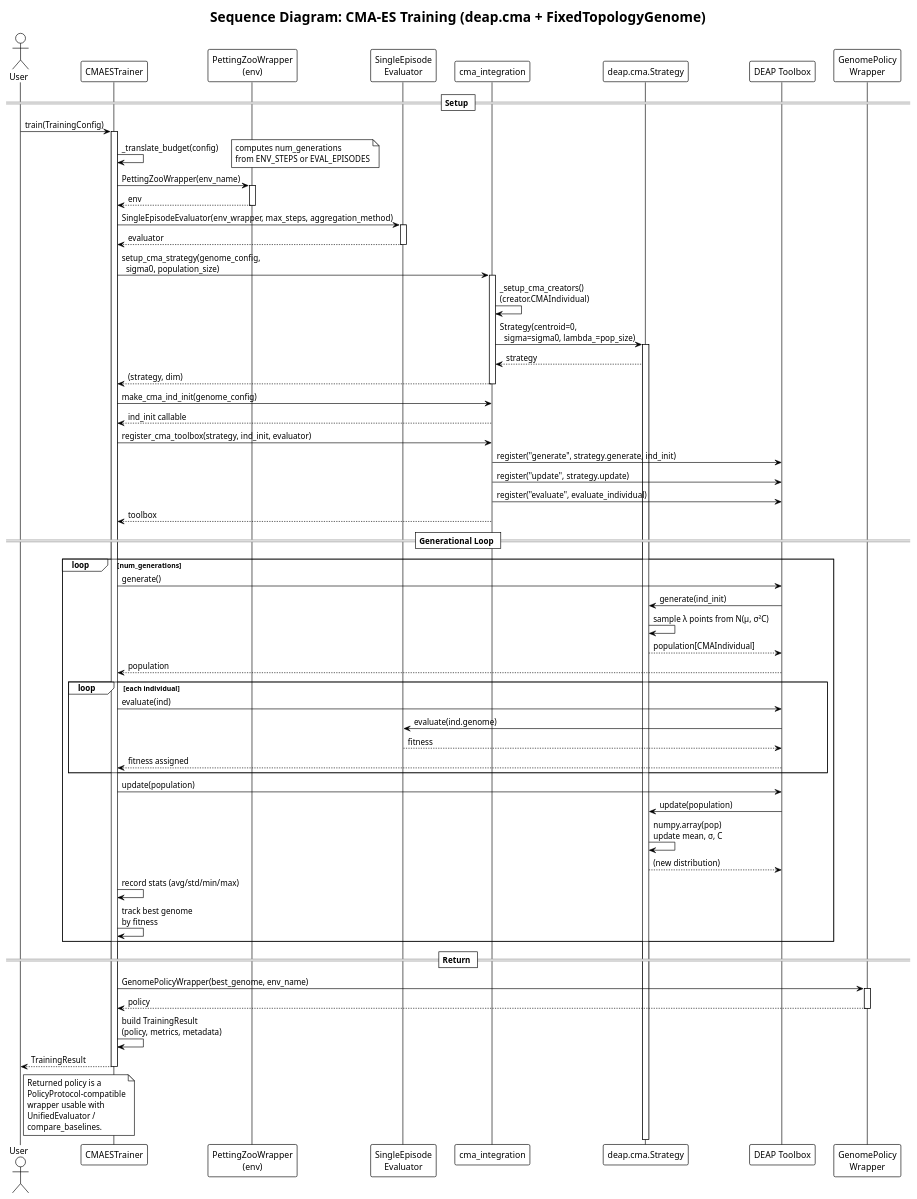
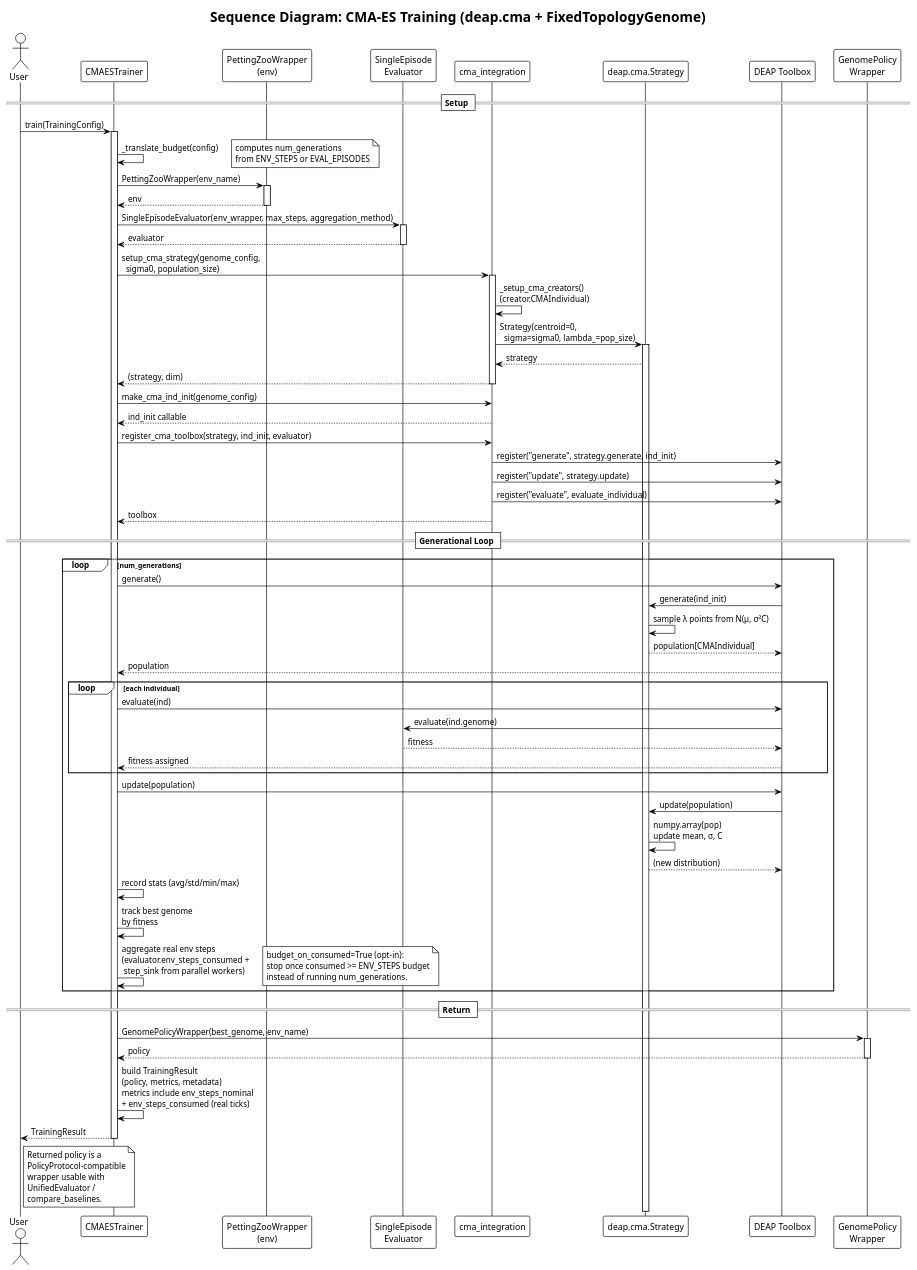
One commit to Alex180504/DEAP-Zoo-bridge changed the diagram in docs/UML/sequence_cma_es_training.puml. Above: the diagram before and after it, drawn with PlantUML. The commit also changed 22 other files, not shown here.

```diff
--- a/docs/UML/sequence_cma_es_training.puml
+++ b/docs/UML/sequence_cma_es_training.puml
@@ -1,94 +1,100 @@
 @startuml sequence_cma_es_training
 !theme plain
 title Sequence Diagram: CMA-ES Training (deap.cma + FixedTopologyGenome)
 
 actor "User" as User
 participant "CMAESTrainer" as Trainer
 participant "PettingZooWrapper\n(env)" as Env
 participant "SingleEpisode\nEvaluator" as Eval
 participant "cma_integration" as CMAInt
 participant "deap.cma.Strategy" as Strategy
 participant "DEAP Toolbox" as Toolbox
 participant "GenomePolicy\nWrapper" as PolicyWrap
 
 == Setup ==
 
 User -> Trainer : train(TrainingConfig)
 activate Trainer
 
 Trainer -> Trainer : _translate_budget(config)
 note right: computes num_generations\nfrom ENV_STEPS or EVAL_EPISODES
 
 Trainer -> Env : PettingZooWrapper(env_name)
 activate Env
 Env --> Trainer : env
 deactivate Env
 
 Trainer -> Eval : SingleEpisodeEvaluator(env_wrapper, max_steps, aggregation_method)
 activate Eval
 Eval --> Trainer : evaluator
 deactivate Eval
 
 Trainer -> CMAInt : setup_cma_strategy(genome_config,\n  sigma0, population_size)
 activate CMAInt
 CMAInt -> CMAInt : _setup_cma_creators()\n(creator.CMAIndividual)
 CMAInt -> Strategy : Strategy(centroid=0,\n  sigma=sigma0, lambda_=pop_size)
 activate Strategy
 Strategy --> CMAInt : strategy
 CMAInt --> Trainer : (strategy, dim)
 deactivate CMAInt
 
 Trainer -> CMAInt : make_cma_ind_init(genome_config)
 CMAInt --> Trainer : ind_init callable
 
 Trainer -> CMAInt : register_cma_toolbox(strategy, ind_init, evaluator)
 CMAInt -> Toolbox : register("generate", strategy.generate, ind_init)
 CMAInt -> Toolbox : register("update", strategy.update)
 CMAInt -> Toolbox : register("evaluate", evaluate_individual)
 CMAInt --> Trainer : toolbox
 
 == Generational Loop ==
 
 loop num_generations
     Trainer -> Toolbox : generate()
     Toolbox -> Strategy : generate(ind_init)
     Strategy -> Strategy : sample λ points from N(μ, σ²C)
     Strategy --> Toolbox : population[CMAIndividual]
     Toolbox --> Trainer : population
 
     loop each individual
         Trainer -> Toolbox : evaluate(ind)
         Toolbox -> Eval : evaluate(ind.genome)
         Eval --> Toolbox : fitness
         Toolbox --> Trainer : fitness assigned
     end
 
     Trainer -> Toolbox : update(population)
     Toolbox -> Strategy : update(population)
     Strategy -> Strategy : numpy.array(pop)\nupdate mean, σ, C
     Strategy --> Toolbox : (new distribution)
 
     Trainer -> Trainer : record stats (avg/std/min/max)
     Trainer -> Trainer : track best genome\nby fitness
+    Trainer -> Trainer : aggregate real env steps\n(evaluator.env_steps_consumed +\n step_sink from parallel workers)
+    note right
+      budget_on_consumed=True (opt-in):
+      stop once consumed >= ENV_STEPS budget
+      instead of running num_generations.
+    end note
 end
 
 == Return ==
 
 Trainer -> PolicyWrap : GenomePolicyWrapper(best_genome, env_name)
 activate PolicyWrap
 PolicyWrap --> Trainer : policy
 deactivate PolicyWrap
 
-Trainer -> Trainer : build TrainingResult\n(policy, metrics, metadata)
+Trainer -> Trainer : build TrainingResult\n(policy, metrics, metadata)\nmetrics include env_steps_nominal\n+ env_steps_consumed (real ticks)
 Trainer --> User : TrainingResult
 deactivate Trainer
 
 note right of User
   Returned policy is a
   PolicyProtocol-compatible
   wrapper usable with
   UnifiedEvaluator /
   compare_baselines.
 end note
 
 @enduml
```
